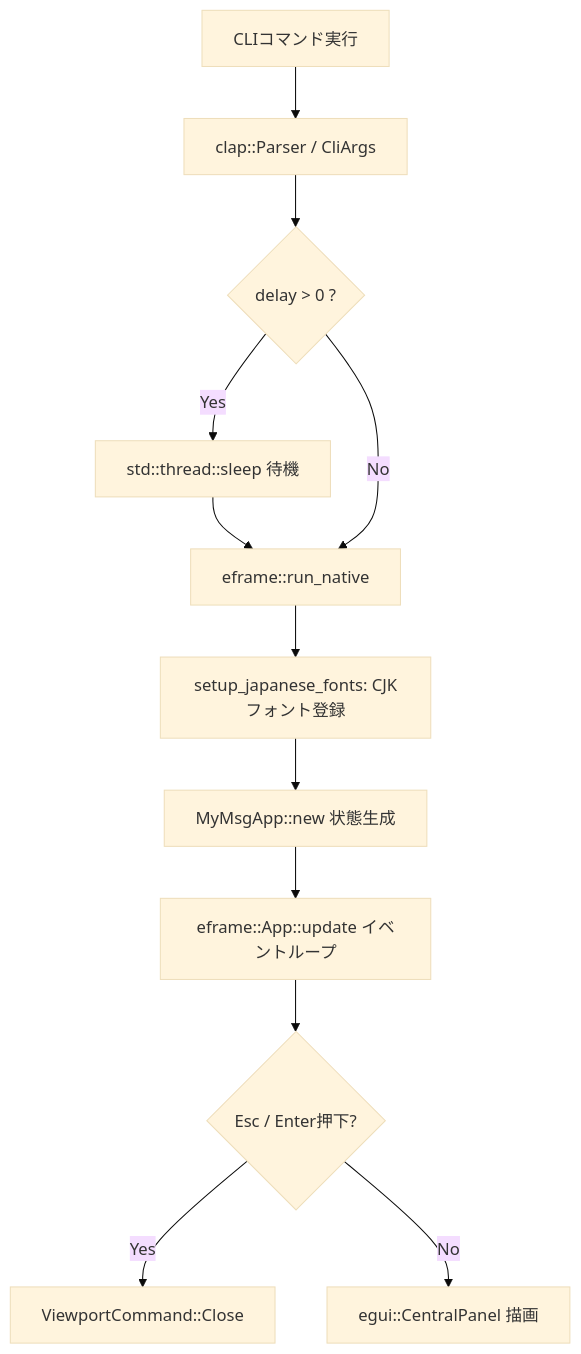
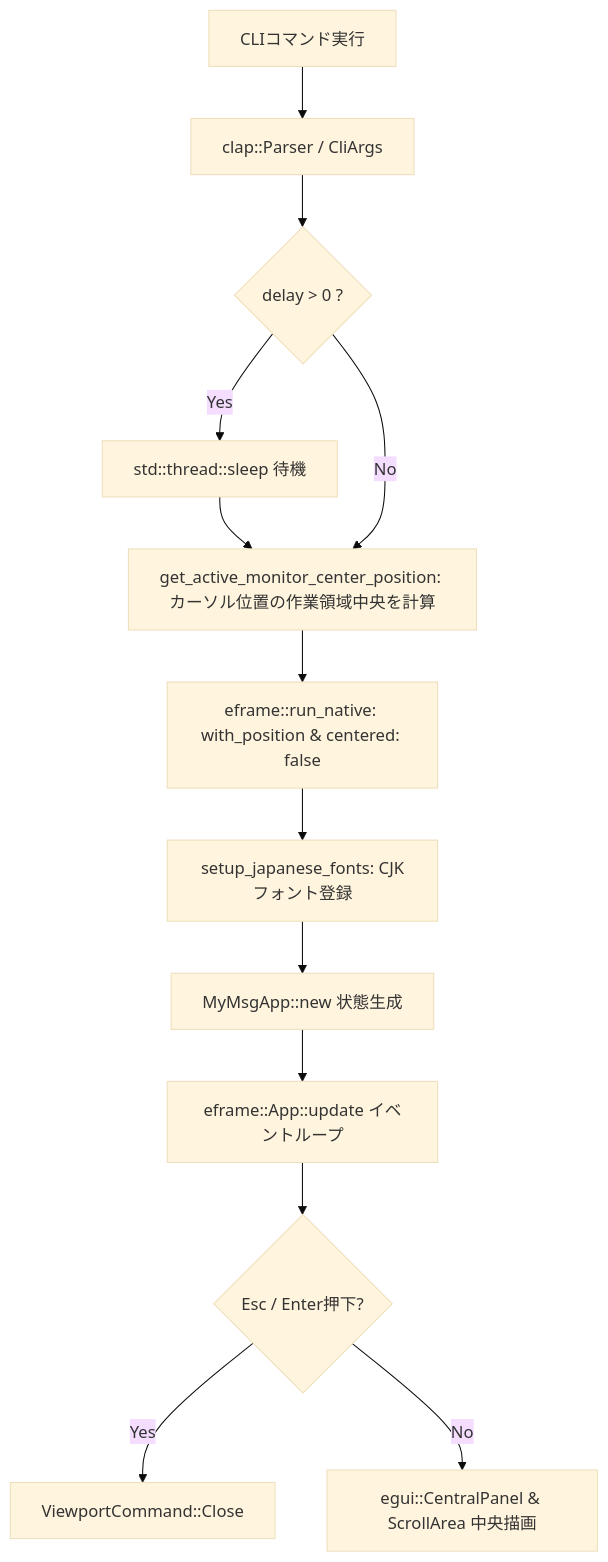
One commit to tkshnkgwr/MyMsg changed the first of 2 diagrams in docs/ja/ARCHITECTURE.md. Above: the diagram before and after it, drawn with Mermaid (base theme). The commit also changed other lines of this file and 20 other files, not shown here.

````diff
--- a/docs/ja/ARCHITECTURE.md
+++ b/docs/ja/ARCHITECTURE.md
@@ -11,14 +11,15 @@
 ```mermaid
 graph TD
     CLI[CLIコマンド実行] --> ArgParser[clap::Parser / CliArgs]
     ArgParser --> DelayCheck{delay > 0 ?}
     DelayCheck -- Yes --> Sleep[std::thread::sleep 待機]
-    Sleep --> WinInit[eframe::run_native]
-    DelayCheck -- No --> WinInit
+    Sleep --> MonDetect[get_active_monitor_center_position: カーソル位置の作業領域中央を計算]
+    DelayCheck -- No --> MonDetect
+    MonDetect --> WinInit[eframe::run_native: with_position & centered: false]
     WinInit --> FontSetup[setup_japanese_fonts: CJKフォント登録]
     FontSetup --> AppState[MyMsgApp::new 状態生成]
     AppState --> EventLoop[eframe::App::update イベントループ]
     EventLoop --> KeyCheck{Esc / Enter押下?}
     KeyCheck -- Yes --> CloseCmd[ViewportCommand::Close]
-    KeyCheck -- No --> Render[egui::CentralPanel 描画]
+    KeyCheck -- No --> Render[egui::CentralPanel & ScrollArea 中央描画]
 ```
````
